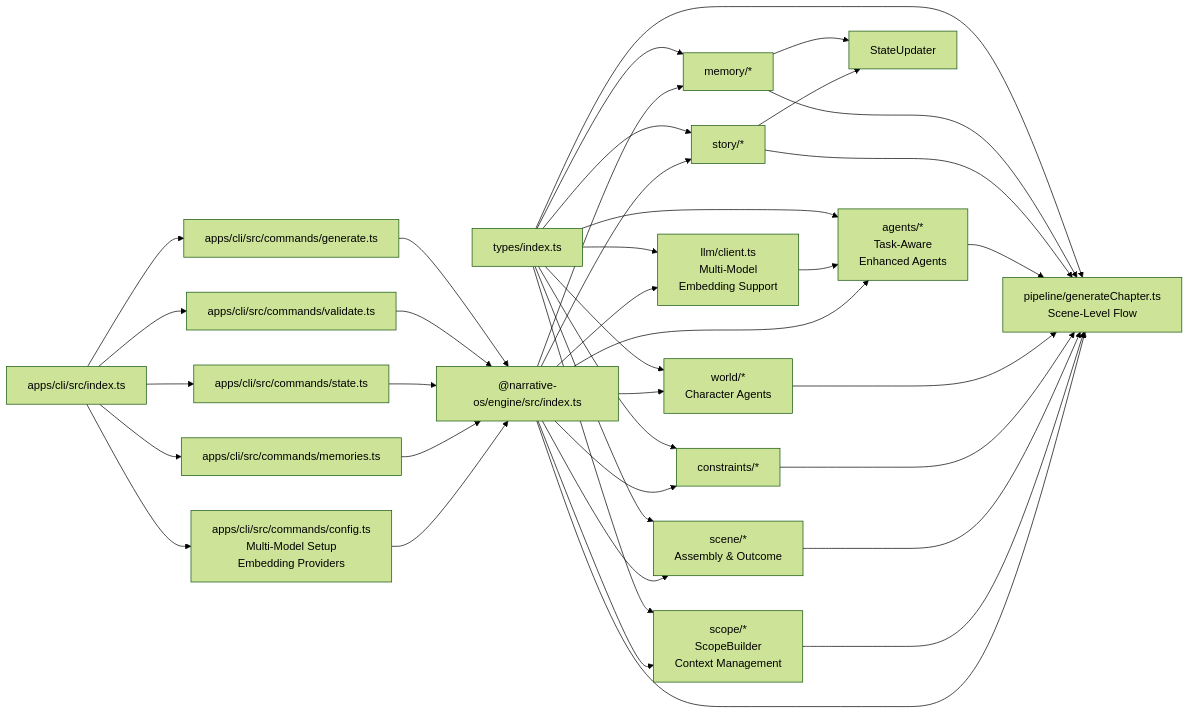
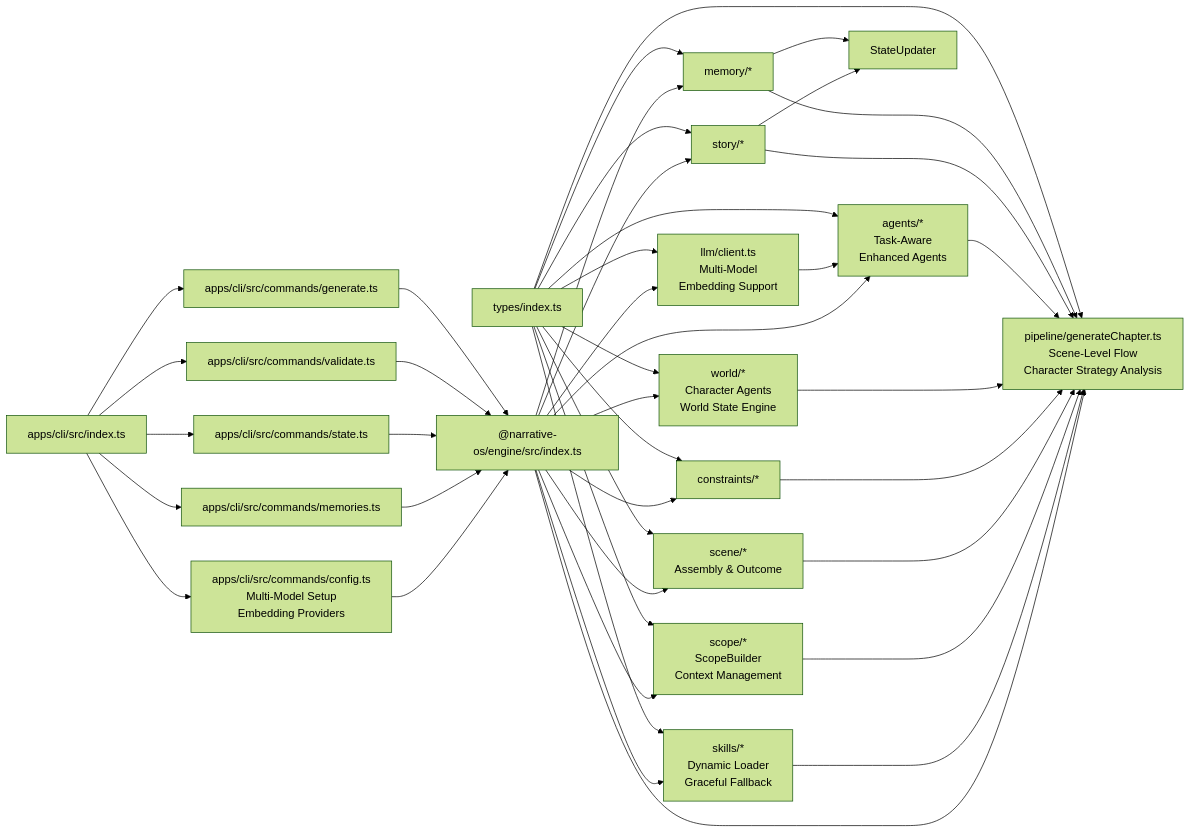
Diagram 16 of 16 in .qoder/repowiki/en/content/Engine Architecture/Engine Architecture.md (liwonder/NARRITIVE_OS), drawn with Mermaid (forest theme) before and after one commit. The commit also changed other lines of this file and 14 other files, not shown here.

First line of the commit message:
Add character strategy, skills loader, worldstate

````diff
--- a/.qoder/repowiki/en/content/Engine Architecture/Engine Architecture.md
+++ b/.qoder/repowiki/en/content/Engine Architecture/Engine Architecture.md
@@ -942,41 +1147,44 @@
 ```mermaid
 graph LR
 Types["types/index.ts"] --> LLM["llm/client.ts<br/>Multi-Model<br/>Embedding Support"]
 Types --> Memory["memory/*"]
-Types --> Pipeline["pipeline/generateChapter.ts<br/>Scene-Level Flow"]
+Types --> Pipeline["pipeline/generateChapter.ts<br/>Scene-Level Flow<br/>Character Strategy Analysis"]
 Types --> Story["story/*"]
 Types --> Agents["agents/*<br/>Task-Aware<br/>Enhanced Agents"]
-Types --> World["world/*<br/>Character Agents"]
+Types --> World["world/*<br/>Character Agents<br/>World State Engine"]
 Types --> Scope["scope/*<br/>ScopeBuilder<br/>Context Management"]
+Types --> Skills["skills/*<br/>Dynamic Loader<br/>Graceful Fallback"]
 Types --> Constraints["constraints/*"]
 Types --> Scene["scene/*<br/>Assembly & Outcome"]
 LLM --> Agents
 Memory --> Pipeline
 Memory --> StateUpdater
 Story --> Pipeline
 Story --> StateUpdater
 Agents --> Pipeline
 World --> Pipeline
 Constraints --> Pipeline
 Scene --> Pipeline
 Scope --> Pipeline
+Skills --> Pipeline
 CLI_Index["apps/cli/src/index.ts"] --> CLI_Gen["apps/cli/src/commands/generate.ts"]
 CLI_Index --> CLI_Validate["apps/cli/src/commands/validate.ts"]
 CLI_Index --> CLI_State["apps/cli/src/commands/state.ts"]
 CLI_Index --> CLI_Memories["apps/cli/src/commands/memories.ts"]
 CLI_Index --> CLI_Config["apps/cli/src/commands/config.ts<br/>Multi-Model Setup<br/>Embedding Providers"]
 CLI_Gen --> Engine_Index["@narrative-os/engine/src/index.ts"]
 CLI_Validate --> Engine_Index
 CLI_State --> Engine_Index
 CLI_Memories --> Engine_Index
 CLI_Config --> Engine_Index
 Engine_Index --> Pipeline
 Engine_Index --> Agents
 Engine_Index --> Memory
 Engine_Index --> Story
 Engine_Index --> LLM
 Engine_Index --> World
 Engine_Index --> Scope
+Engine_Index --> Skills
 Engine_Index --> Constraints
 Engine_Index --> Scene
 ```
````
